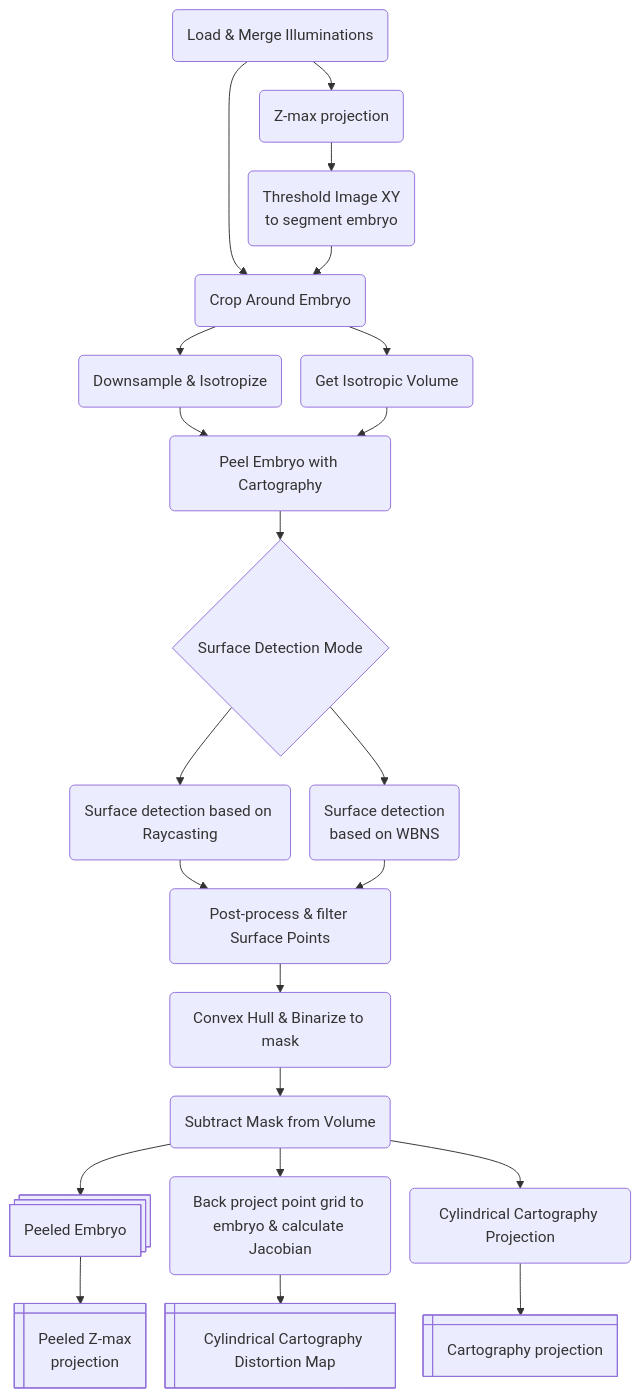
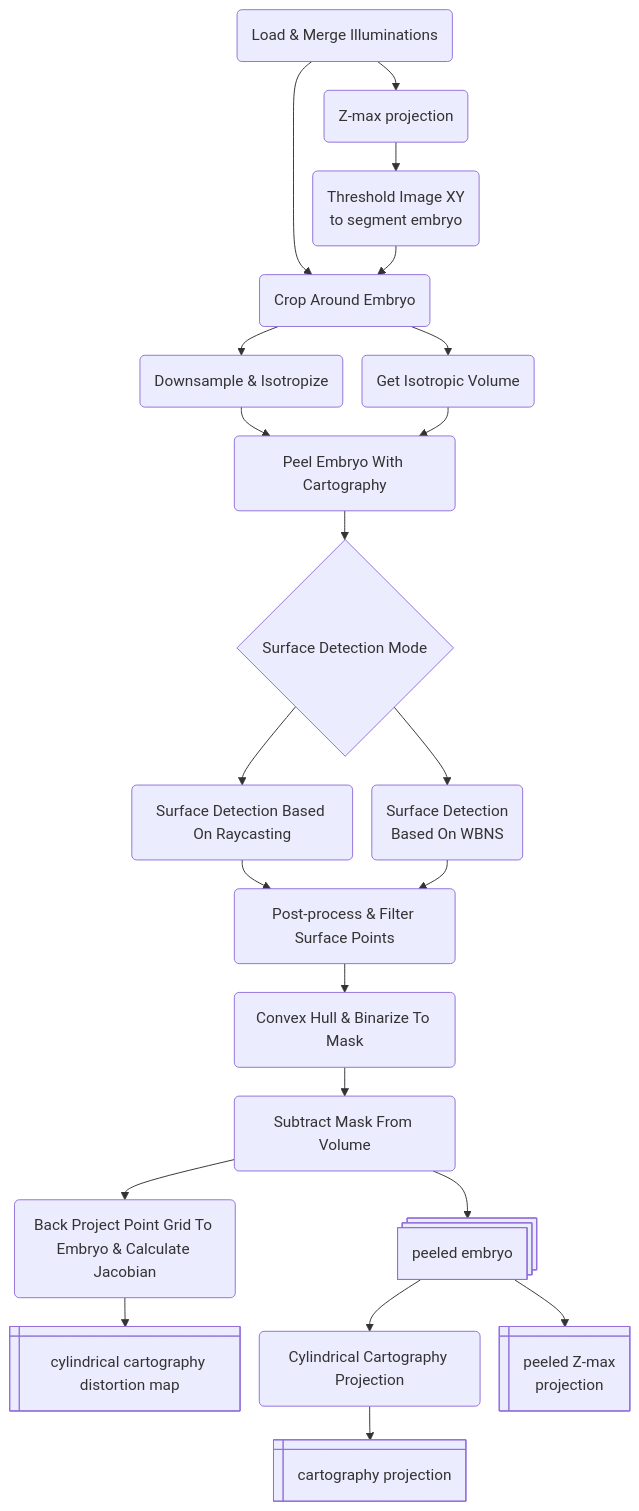
Before and after one commit to artgolden/tubetracing_peeling_algorithm: the diagram in README.md, drawn with Mermaid.

Commit message:
Redone flowchart in README a bit

````diff
--- a/README.md
+++ b/README.md
@@ -15,29 +15,29 @@
 ```mermaid
 %%{init: { "flowchart": { "nodeSpacing": 20, "rankSpacing": 30 } } }%%
 flowchart TD
 
     input("Load &amp; Merge Illuminations")
     maxProj1("Z-max projection") 
     thresh1("Threshold Image XY<br>to segment embryo")
     input --> maxProj1
     input --> crop("Crop Around Embryo")
     maxProj1 --> thresh1
     thresh1 --> crop
     crop --> I("Downsample &amp; Isotropize") & J("Get Isotropic Volume")
-    I --> K("Peel Embryo with Cartography")
+    I --> K("Peel Embryo With Cartography")
     J --> K
     K --> N
     N{"Surface Detection Mode"}
-    N --> O("Surface detection based on Raycasting")
-    N --> P("Surface detection<br> based on WBNS")
-    O --> Q("Post-process & filter Surface Points")
+    N --> O("Surface Detection Based On Raycasting")
+    N --> P("Surface Detection<br> Based On WBNS")
+    O --> Q("Post-process & Filter Surface Points")
     P --> Q
-    Q --> qhull("Convex Hull & Binarize to mask")
-    qhull --> R("Subtract Mask from Volume")
-    R --> peeledVol@{ shape: procs, label: "Peeled Embryo" }
-    R --> dMapping("Back project point grid to embryo & calculate Jacobian")
-    dMapping --> distMap@{ shape: win-pane, label: "Cylindrical Cartography Distortion Map" }
-    R --> S("Cylindrical Cartography Projection")
-    S --> cartProj@{ shape: win-pane, label: "Cartography projection" }
-    peeledVol --> peeledZMax@{shape: win-pane, label: "Peeled Z-max<br>projection" }
+    Q --> qhull("Convex Hull & Binarize To Mask")
+    qhull --> R("Subtract Mask From Volume")
+    R --> peeledVol@{ shape: procs, label: "peeled embryo" }
+    R --> dMapping("Back Project Point Grid To Embryo & Calculate Jacobian")
+    dMapping --> distMap@{ shape: win-pane, label: "cylindrical cartography distortion map" }
+    peeledVol --> S("Cylindrical Cartography Projection")
+    S --> cartProj@{ shape: win-pane, label: "cartography projection" }
+    peeledVol --> peeledZMax@{shape: win-pane, label: "peeled Z-max<br>projection" }
 ```
````
